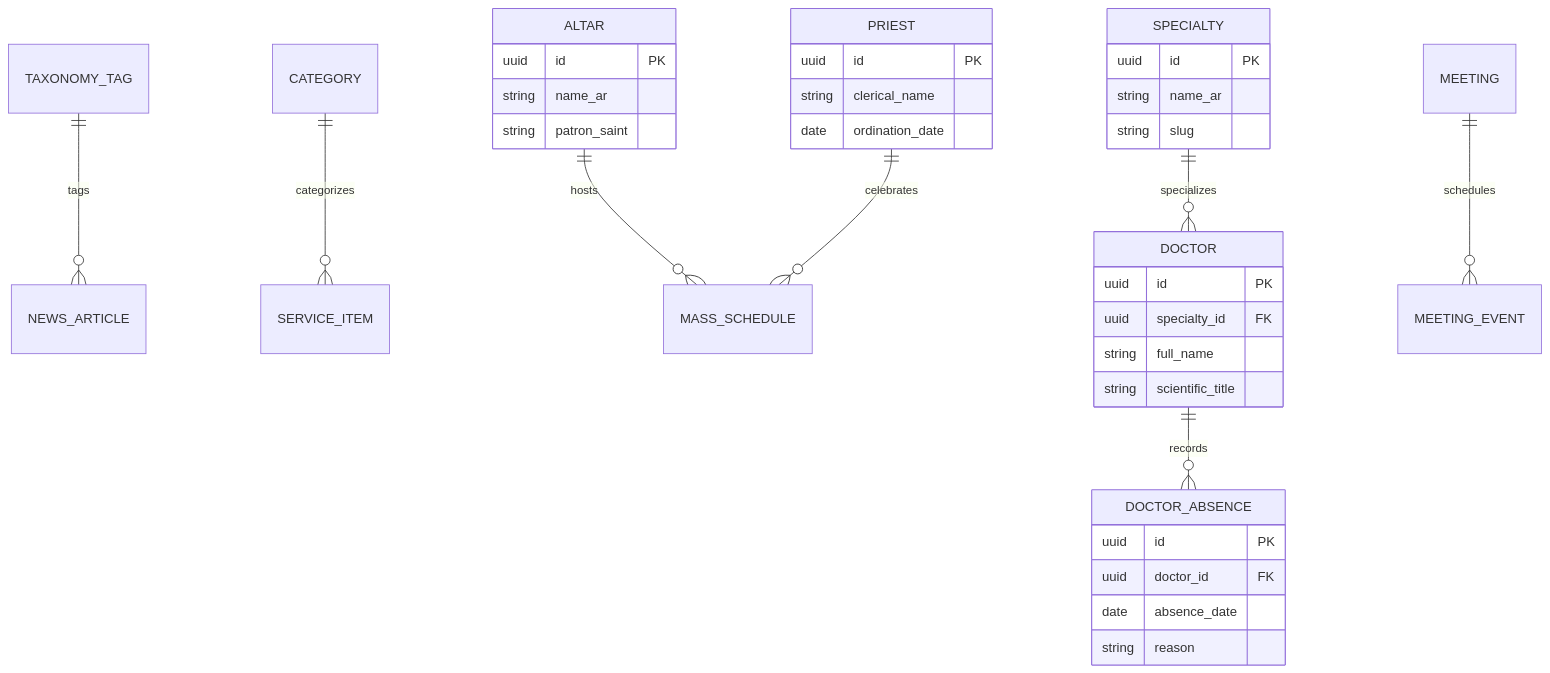
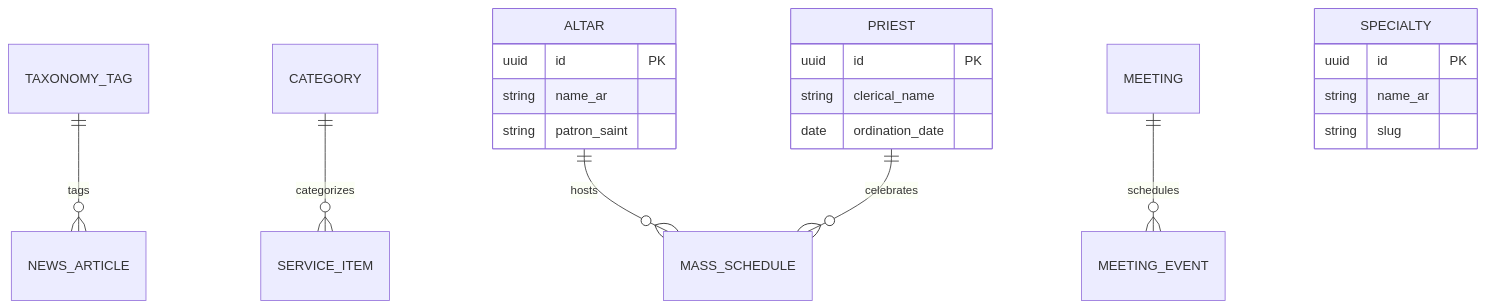
One commit to Kerollosmm/church-site changed the second of 2 diagrams in INFORMATION_ARCHITECTURE.md. Above: the diagram before and after it, drawn with Mermaid. The commit also changed other lines of this file and 25 other files, not shown here.

````diff
--- a/INFORMATION_ARCHITECTURE.md
+++ b/INFORMATION_ARCHITECTURE.md
@@ -170,38 +166,24 @@
 ```mermaid
 erDiagram
     TAXONOMY_TAG ||--o{ NEWS_ARTICLE : tags
     CATEGORY ||--o{ SERVICE_ITEM : categorizes
     ALTAR ||--o{ MASS_SCHEDULE : hosts
     PRIEST ||--o{ MASS_SCHEDULE : celebrates
-    SPECIALTY ||--o{ DOCTOR : specializes
-    DOCTOR ||--o{ DOCTOR_ABSENCE : records
     MEETING ||--o{ MEETING_EVENT : schedules
 
     ALTAR {
         uuid id PK
         string name_ar
         string patron_saint
     }
     PRIEST {
         uuid id PK
         string clerical_name
         date ordination_date
     }
     SPECIALTY {
         uuid id PK
         string name_ar
         string slug
     }
-    DOCTOR {
-        uuid id PK
-        uuid specialty_id FK
-        string full_name
-        string scientific_title
-    }
-    DOCTOR_ABSENCE {
-        uuid id PK
-        uuid doctor_id FK
-        date absence_date
-        string reason
-    }
 ```
````
